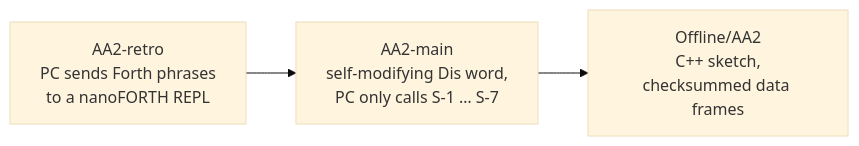
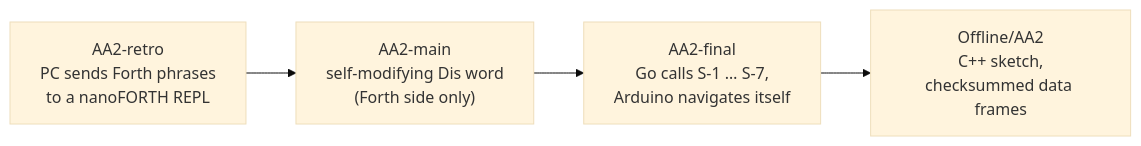
The tenth of 13 diagrams in README.md (MyTempoESP/MonoTempo), drawn with Mermaid (base theme) before and after one commit. The commit also changed other lines of this file and 53 other files, not shown here.

First line of the commit message:
docs: archive AA2-final, the last Forth screen iteration

````diff
--- a/README.md
+++ b/README.md
@@ -495,4 +495,4 @@
 ```mermaid
 flowchart LR
-    A["AA2-retro<br/>PC sends Forth phrases<br/>to a nanoFORTH REPL"] --> B["AA2-main<br/>self-modifying Dis word,<br/>PC only calls S-1 … S-7"] --> C["Offline/AA2<br/>C++ sketch,<br/>checksummed data frames"]
+    A["AA2-retro<br/>PC sends Forth phrases<br/>to a nanoFORTH REPL"] --> B["AA2-main<br/>self-modifying Dis word<br/>(Forth side only)"] --> C["AA2-final<br/>Go calls S-1 … S-7,<br/>Arduino navigates itself"] --> D["Offline/AA2<br/>C++ sketch,<br/>checksummed data frames"]
 ```
````
